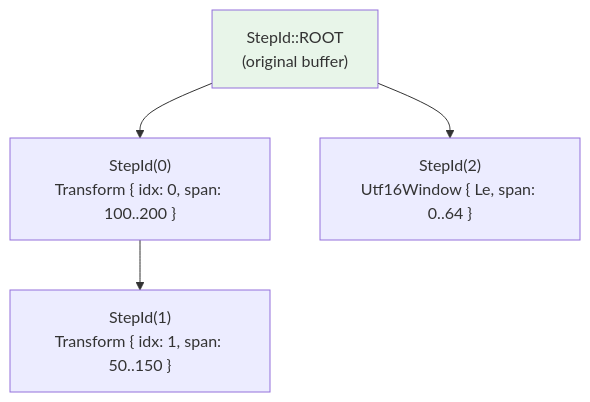
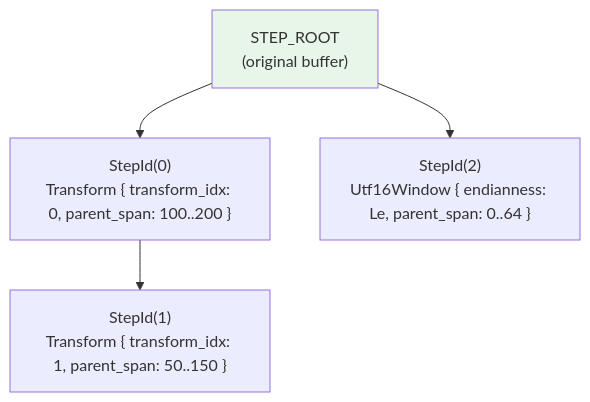
The seventh of 7 diagrams in docs/scanner-engine/transform-chain.md (ahrav/Gossip-rs), drawn with Mermaid before and after one commit. The commit also changed 1 other file, not shown here.

Commit message:
docs: audit drift fixes [scanner-engine]

````diff
--- a/docs/scanner-engine/transform-chain.md
+++ b/docs/scanner-engine/transform-chain.md
@@ -308,14 +308,14 @@
 ```mermaid
 graph TB
-    Root["StepId::ROOT<br/>(original buffer)"]
+    Root["STEP_ROOT<br/>(original buffer)"]
 
-    Step1["StepId(0)<br/>Transform { idx: 0, span: 100..200 }"]
-    Step2["StepId(1)<br/>Transform { idx: 1, span: 50..150 }"]
-    Step3["StepId(2)<br/>Utf16Window { Le, span: 0..64 }"]
+    Step1["StepId(0)<br/>Transform { transform_idx: 0, parent_span: 100..200 }"]
+    Step2["StepId(1)<br/>Transform { transform_idx: 1, parent_span: 50..150 }"]
+    Step3["StepId(2)<br/>Utf16Window { endianness: Le, parent_span: 0..64 }"]
 
     Root --> Step1
     Step1 --> Step2
     Root --> Step3
 
     style Root fill:#e8f5e9
 ```
````
